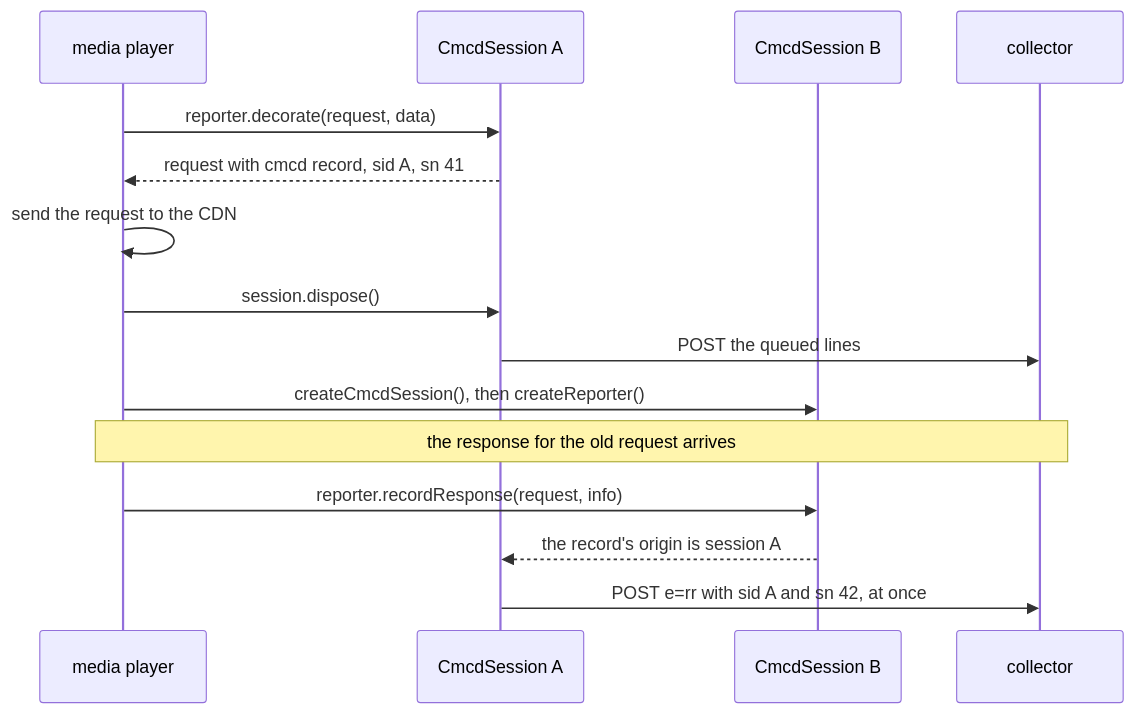
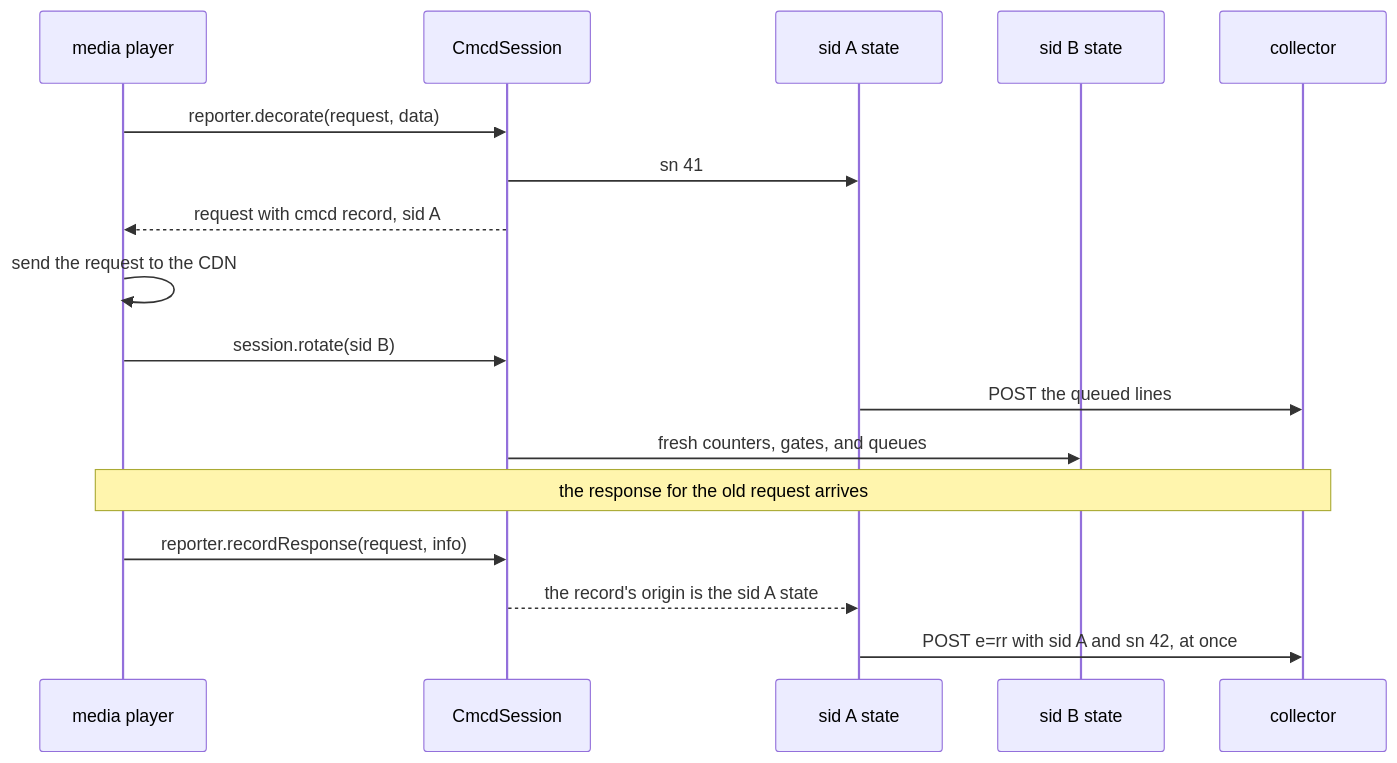
The second of 5 diagrams in rfc/cmcd-session-api.md (streaming-video-technology-alliance/common-media-library), drawn with Mermaid before and after one commit. The commit also changed other lines of this file and 2 other files, not shown here.

First line of the commit message:
docs(rfc): add rotate() to the session API RFC

````diff
--- a/rfc/cmcd-session-api.md
+++ b/rfc/cmcd-session-api.md
@@ -192,17 +192,19 @@
 ```mermaid
 sequenceDiagram
     participant Player as media player
-    participant A as CmcdSession A
-    participant B as CmcdSession B
+    participant S as CmcdSession
+    participant A as sid A state
+    participant B as sid B state
     participant C as collector
-    Player->>A: reporter.decorate(request, data)
-    A-->>Player: request with cmcd record, sid A, sn 41
+    Player->>S: reporter.decorate(request, data)
+    S->>A: sn 41
+    S-->>Player: request with cmcd record, sid A
     Player->>Player: send the request to the CDN
-    Player->>A: session.dispose()
+    Player->>S: session.rotate(sid B)
     A->>C: POST the queued lines
-    Player->>B: createCmcdSession(), then createReporter()
+    S->>B: fresh counters, gates, and queues
     Note over Player,C: the response for the old request arrives
-    Player->>B: reporter.recordResponse(request, info)
-    B-->>A: the record's origin is session A
+    Player->>S: reporter.recordResponse(request, info)
+    S-->>A: the record's origin is the sid A state
     A->>C: POST e=rr with sid A and sn 42, at once
 ```
````
